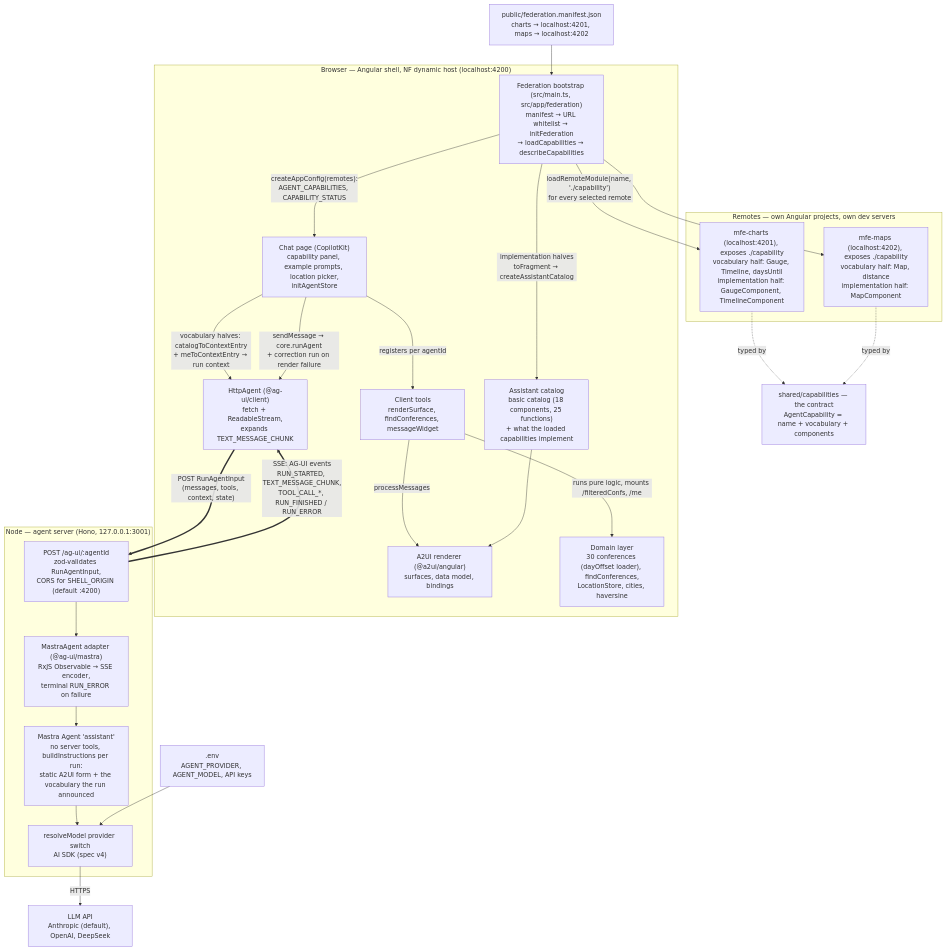
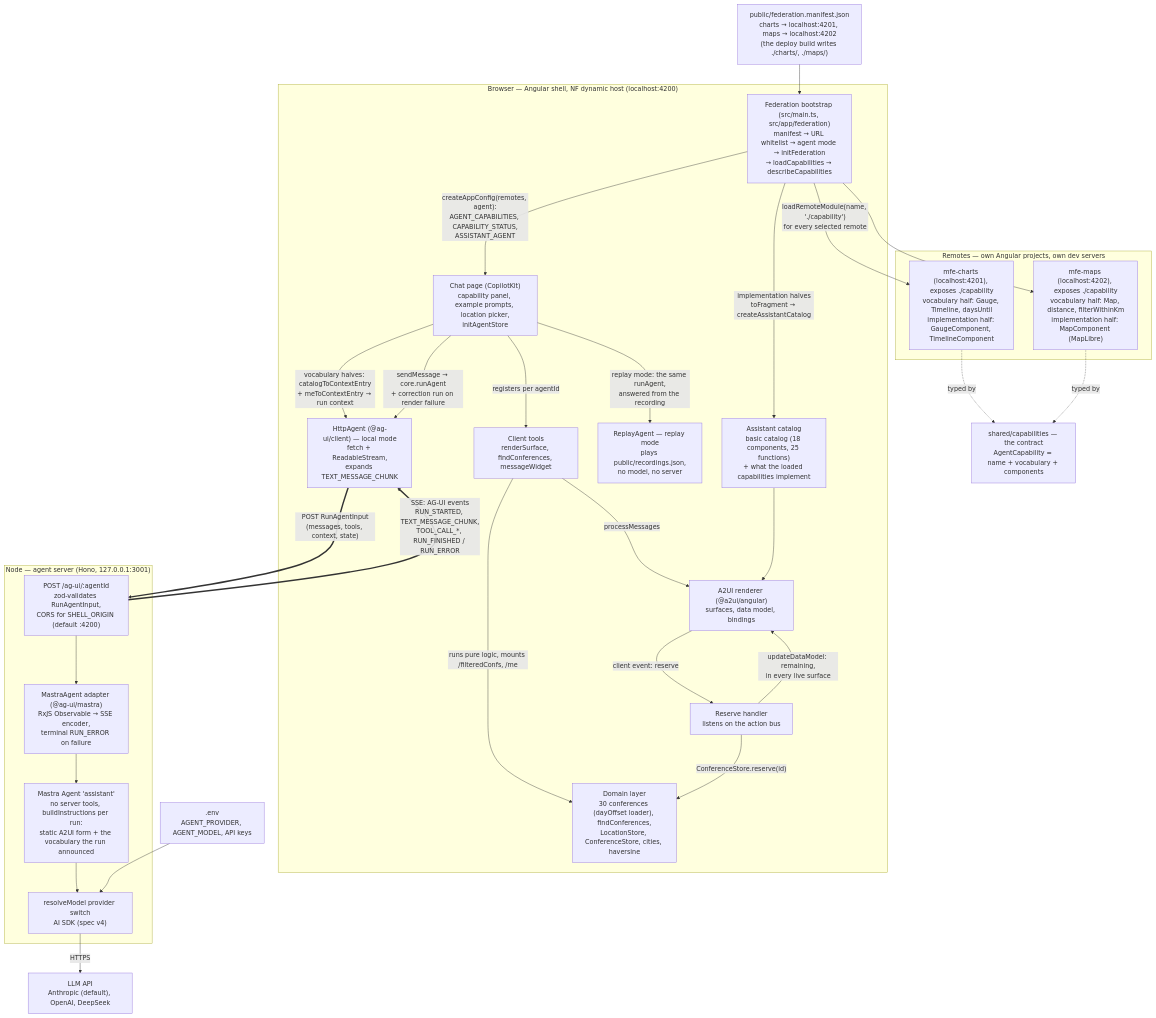
One commit to lutzleonhardt/native-federation-a2ui changed the first of 3 diagrams in docs/architecture.md. Above: the diagram before and after it, drawn with Mermaid. The commit also changed other lines of this file and 5 other files, not shown here.

First line of the commit message:
task-6: docs for reserve, replay, MapLibre, deploy layout; spec v3.5

````diff
--- a/docs/architecture.md
+++ b/docs/architecture.md
@@ -44,54 +51,60 @@
 ```mermaid
 flowchart TB
-    manifest["public/federation.manifest.json<br/>charts → localhost:4201, maps → localhost:4202"]
+    manifest["public/federation.manifest.json<br/>charts → localhost:4201, maps → localhost:4202<br/>(the deploy build writes ./charts/, ./maps/)"]
     contract["shared/capabilities — the contract<br/>AgentCapability = name + vocabulary + components"]
 
     subgraph remotes["Remotes — own Angular projects, own dev servers"]
         charts["mfe-charts (localhost:4201), exposes ./capability<br/>vocabulary half: Gauge, Timeline, daysUntil<br/>implementation half: GaugeComponent, TimelineComponent"]
-        maps["mfe-maps (localhost:4202), exposes ./capability<br/>vocabulary half: Map, distance<br/>implementation half: MapComponent"]
+        maps["mfe-maps (localhost:4202), exposes ./capability<br/>vocabulary half: Map, distance, filterWithinKm<br/>implementation half: MapComponent (MapLibre)"]
     end
 
     subgraph shell["Browser — Angular shell, NF dynamic host (localhost:4200)"]
-        boot["Federation bootstrap (src/main.ts, src/app/federation)<br/>manifest → URL whitelist → initFederation<br/>→ loadCapabilities → describeCapabilities"]
+        boot["Federation bootstrap (src/main.ts, src/app/federation)<br/>manifest → URL whitelist → agent mode → initFederation<br/>→ loadCapabilities → describeCapabilities"]
         chat["Chat page (CopilotKit)<br/>capability panel, example prompts, location picker,<br/>initAgentStore"]
         tools["Client tools<br/>renderSurface, findConferences, messageWidget"]
-        httpAgent["HttpAgent (@ag-ui/client)<br/>fetch + ReadableStream,<br/>expands TEXT_MESSAGE_CHUNK"]
+        httpAgent["HttpAgent (@ag-ui/client) — local mode<br/>fetch + ReadableStream,<br/>expands TEXT_MESSAGE_CHUNK"]
+        replayAgent["ReplayAgent — replay mode<br/>plays public/recordings.json,<br/>no model, no server"]
         renderer["A2UI renderer (@a2ui/angular)<br/>surfaces, data model, bindings"]
         catalog["Assistant catalog<br/>basic catalog (18 components, 25 functions)<br/>+ what the loaded capabilities implement"]
-        domain["Domain layer<br/>30 conferences (dayOffset loader), findConferences,<br/>LocationStore, cities, haversine"]
+        reserve["Reserve handler<br/>listens on the action bus"]
+        domain["Domain layer<br/>30 conferences (dayOffset loader), findConferences,<br/>LocationStore, ConferenceStore, cities, haversine"]
     end
 
     subgraph agent["Node — agent server (Hono, 127.0.0.1:3001)"]
         route["POST /ag-ui/:agentId<br/>zod-validates RunAgentInput,<br/>CORS for SHELL_ORIGIN (default :4200)"]
         adapter["MastraAgent adapter (@ag-ui/mastra)<br/>RxJS Observable → SSE encoder,<br/>terminal RUN_ERROR on failure"]
         assistant["Mastra Agent 'assistant'<br/>no server tools, buildInstructions per run:<br/>static A2UI form + the vocabulary the run announced"]
         model["resolveModel provider switch<br/>AI SDK (spec v4)"]
     end
 
     llm["LLM API<br/>Anthropic (default), OpenAI, DeepSeek"]
     env[".env<br/>AGENT_PROVIDER, AGENT_MODEL, API keys"]
 
     manifest --> boot
     boot -->|"loadRemoteModule(name, './capability')<br/>for every selected remote"| charts
     boot --> maps
     charts -. "typed by" .-> contract
     maps -. "typed by" .-> contract
-    boot -->|"createAppConfig(remotes):<br/>AGENT_CAPABILITIES, CAPABILITY_STATUS"| chat
+    boot -->|"createAppConfig(remotes, agent):<br/>AGENT_CAPABILITIES, CAPABILITY_STATUS,<br/>ASSISTANT_AGENT"| chat
     boot -->|"implementation halves<br/>toFragment → createAssistantCatalog"| catalog
     chat -->|"vocabulary halves: catalogToContextEntry<br/>+ meToContextEntry → run context"| httpAgent
 
     chat -->|"sendMessage → core.runAgent<br/>+ correction run on render failure"| httpAgent
+    chat -->|"replay mode: the same runAgent,<br/>answered from the recording"| replayAgent
     chat -->|"registers per agentId"| tools
     tools -->|"processMessages"| renderer
     tools -->|"runs pure logic, mounts /filteredConfs, /me"| domain
     catalog --> renderer
+    renderer -->|"client event: reserve"| reserve
+    reserve -->|"ConferenceStore.reserve(id)"| domain
+    reserve -->|"updateDataModel: remaining,<br/>in every live surface"| renderer
 
     httpAgent == "POST RunAgentInput<br/>(messages, tools, context, state)" ==> route
     route == "SSE: AG-UI events<br/>RUN_STARTED, TEXT_MESSAGE_CHUNK,<br/>TOOL_CALL_*, RUN_FINISHED / RUN_ERROR" ==> httpAgent
 
     route --> adapter
     adapter --> assistant
     assistant --> model
     model -- "HTTPS" --> llm
     env --> model
 ```
````
